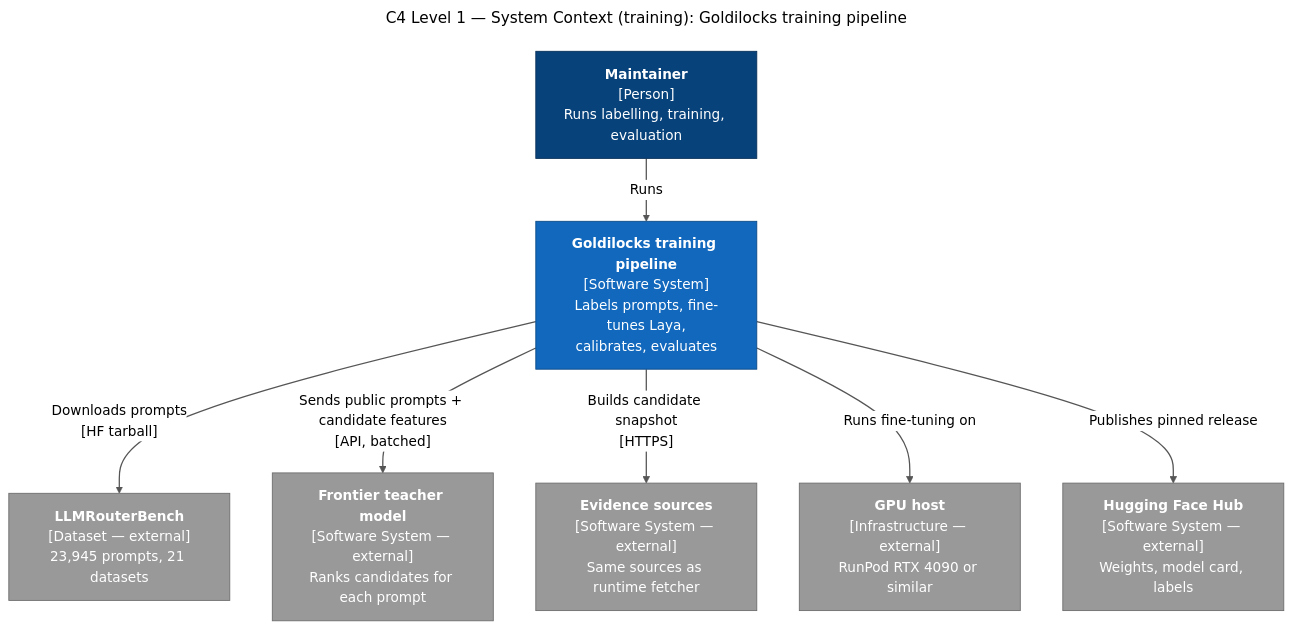
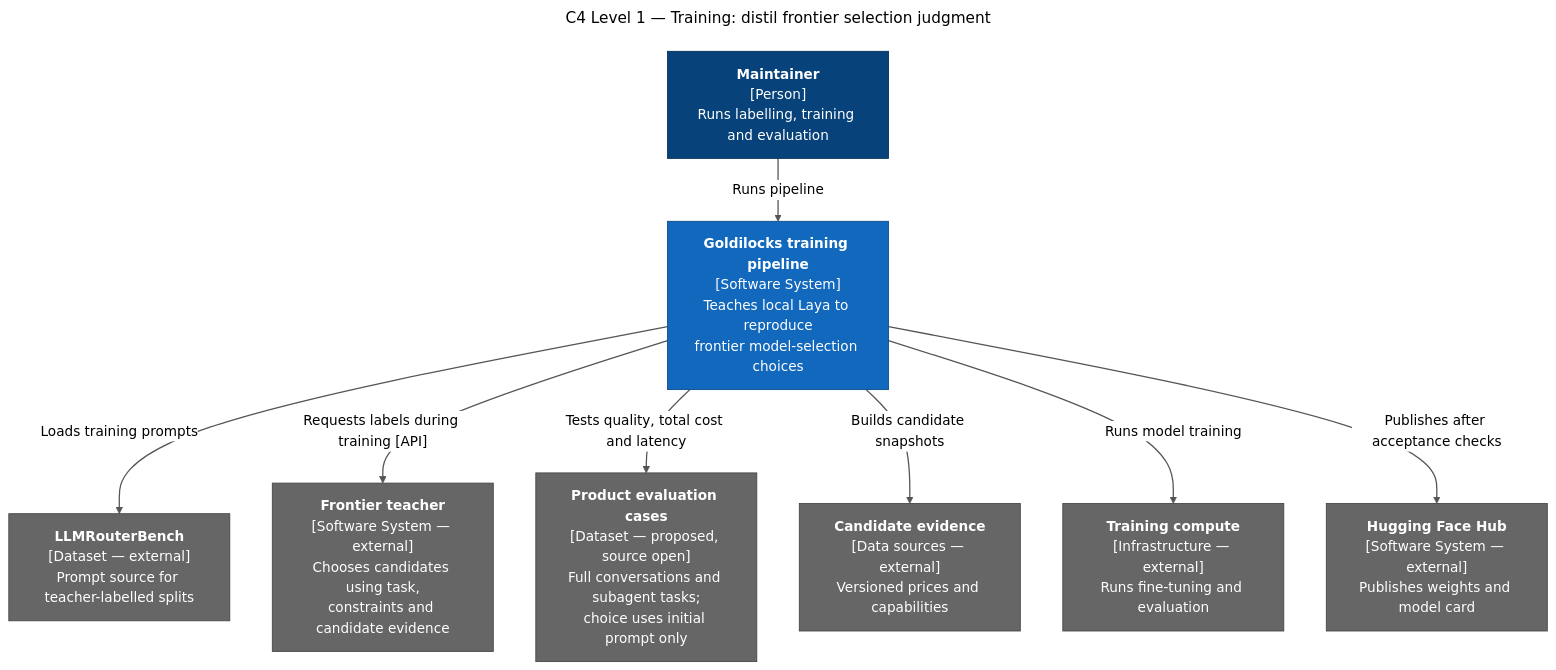
One commit to mani2001/goldilocks changed the diagram in docs/diagrams/src/c4-context-training.mmd. Above: the diagram before and after it, drawn with Mermaid (neutral theme). The commit also changed 52 other files, not shown here.

```diff
--- a/docs/diagrams/src/c4-context-training.mmd
+++ b/docs/diagrams/src/c4-context-training.mmd
@@ -1,23 +1,25 @@
 ---
-title: "C4 Level 1 — System Context (training): Goldilocks training pipeline"
+title: "C4 Level 1 — Training: distil frontier selection judgment"
 ---
 flowchart TB
-  maint["<b>Maintainer</b><br/>[Person]<br/>Runs labelling, training, evaluation"]:::person
-  pipe["<b>Goldilocks training pipeline</b><br/>[Software System]<br/>Labels prompts, fine-tunes Laya,<br/>calibrates, evaluates"]:::sys
-  bench["<b>LLMRouterBench</b><br/>[Dataset — external]<br/>23,945 prompts, 21 datasets"]:::ext
-  teacher["<b>Frontier teacher model</b><br/>[Software System — external]<br/>Ranks candidates for each prompt"]:::ext
-  evidence["<b>Evidence sources</b><br/>[Software System — external]<br/>Same sources as runtime fetcher"]:::ext
-  gpu["<b>GPU host</b><br/>[Infrastructure — external]<br/>RunPod RTX 4090 or similar"]:::ext
-  hf["<b>Hugging Face Hub</b><br/>[Software System — external]<br/>Weights, model card, labels"]:::ext
-  maint -->|"Runs"| pipe
-  pipe -->|"Downloads prompts<br/>[HF tarball]"| bench
-  pipe -->|"Sends public prompts + candidate features<br/>[API, batched]"| teacher
-  pipe -->|"Builds candidate snapshot<br/>[HTTPS]"| evidence
-  pipe -->|"Runs fine-tuning on"| gpu
-  pipe -->|"Publishes pinned release"| hf
+  maint["<b>Maintainer</b><br/>[Person]<br/>Runs labelling, training and evaluation"]:::person
+  pipe["<b>Goldilocks training pipeline</b><br/>[Software System]<br/>Teaches local Laya to reproduce<br/>frontier model-selection choices"]:::sys
+  bench["<b>LLMRouterBench</b><br/>[Dataset — external]<br/>Prompt source for teacher-labelled splits"]:::ext
+  teacher["<b>Frontier teacher</b><br/>[Software System — external]<br/>Chooses candidates using task,<br/>constraints and candidate evidence"]:::ext
+  evaluation["<b>Product evaluation cases</b><br/>[Dataset — proposed, source open]<br/>Full conversations and subagent tasks;<br/>choice uses initial prompt only"]:::ext
+  evidence["<b>Candidate evidence</b><br/>[Data sources — external]<br/>Versioned prices and capabilities"]:::ext
+  gpu["<b>Training compute</b><br/>[Infrastructure — external]<br/>Runs fine-tuning and evaluation"]:::ext
+  hf["<b>Hugging Face Hub</b><br/>[Software System — external]<br/>Publishes weights and model card"]:::ext
+  maint -->|"Runs pipeline"| pipe
+  pipe -->|"Loads training prompts"| bench
+  pipe -->|"Requests labels during training [API]"| teacher
+  pipe -->|"Tests quality, total cost and latency"| evaluation
+  pipe -->|"Builds candidate snapshots"| evidence
+  pipe -->|"Runs model training"| gpu
+  pipe -->|"Publishes after acceptance checks"| hf
   classDef person fill:#08427B,stroke:#052E56,color:#fff
   classDef sys fill:#1168BD,stroke:#0B4884,color:#fff
-  classDef ext fill:#999999,stroke:#6B6B6B,color:#fff
+  classDef ext fill:#666666,stroke:#444444,color:#fff
   classDef cont fill:#438DD5,stroke:#2E6295,color:#fff
   classDef comp fill:#85BBF0,stroke:#5D82A8,color:#000
   linkStyle default stroke:#555,stroke-width:1.5px
```
